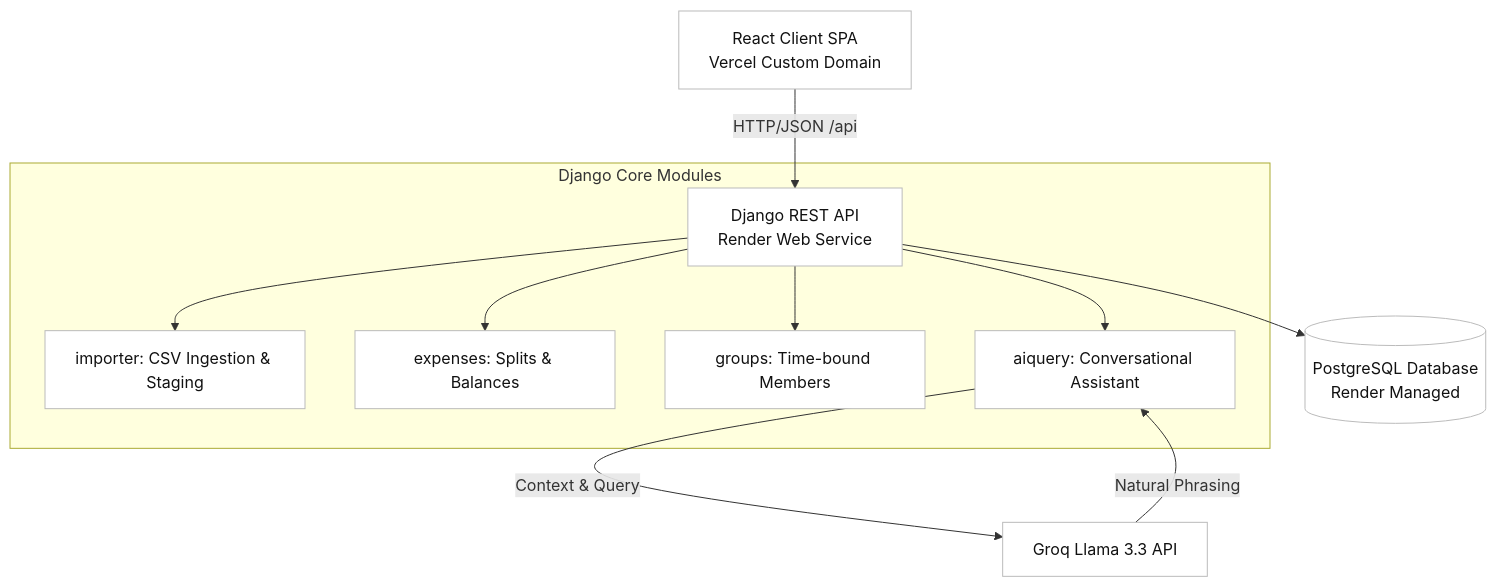
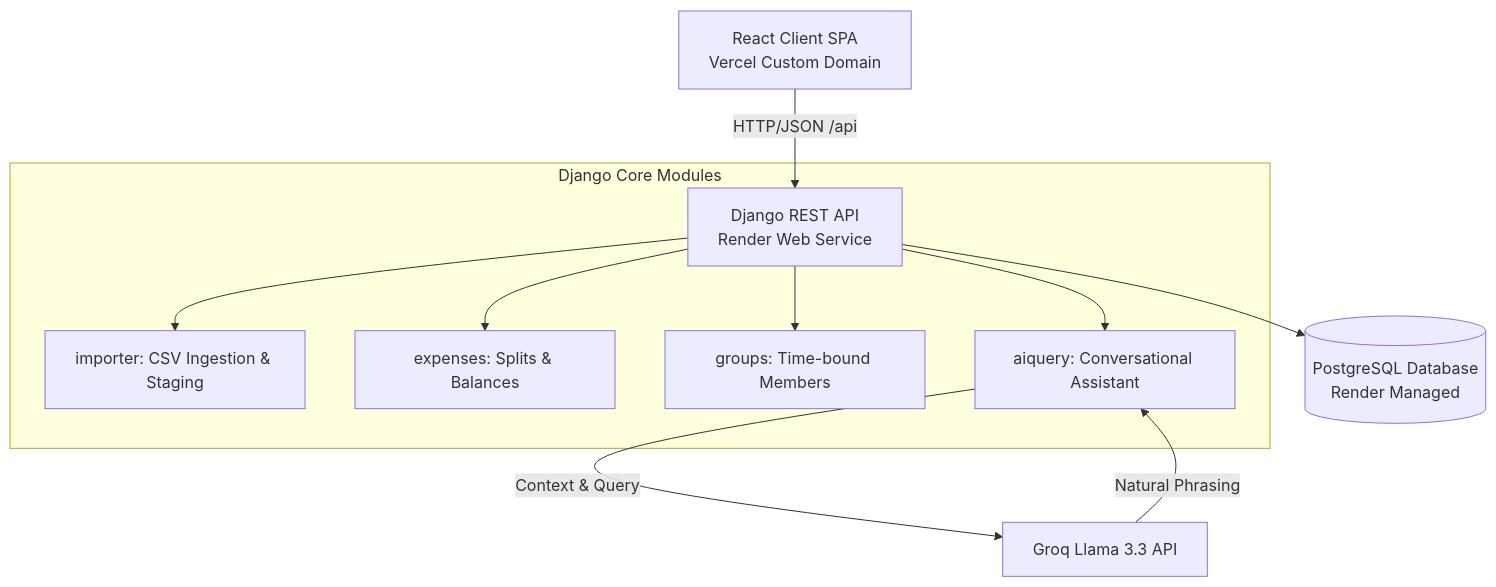
Before and after one commit to Komalpreet2809/spreetail-shared-expenses: the diagram in README.md, drawn with Mermaid.

Commit message:
style: remove hardcoded colors from Mermaid diagram to support dark/light theme switching

````diff
--- a/README.md
+++ b/README.md
@@ -53,18 +53,15 @@
 ```mermaid
 graph TD
-    classDef default fill:#ffffff,stroke:#bbb,stroke-width:1px,color:#111;
-    classDef highlight fill:#f0f0f0,stroke:#333,stroke-width:2px,color:#111;
-
     A["React Client SPA <br/> Vercel Custom Domain"] -- "HTTP/JSON /api" --> B["Django REST API <br/> Render Web Service"]
     B --> C[("PostgreSQL Database <br/> Render Managed")]
     
     subgraph Django Core Modules
         B --> D["importer: CSV Ingestion & Staging"]
         B --> E["expenses: Splits & Balances"]
         B --> F["groups: Time-bound Members"]
         B --> G["aiquery: Conversational Assistant"]
     end
     
     G -- "Context & Query" --> H["Groq Llama 3.3 API"]
     H -- "Natural Phrasing" --> G
 ```
````
